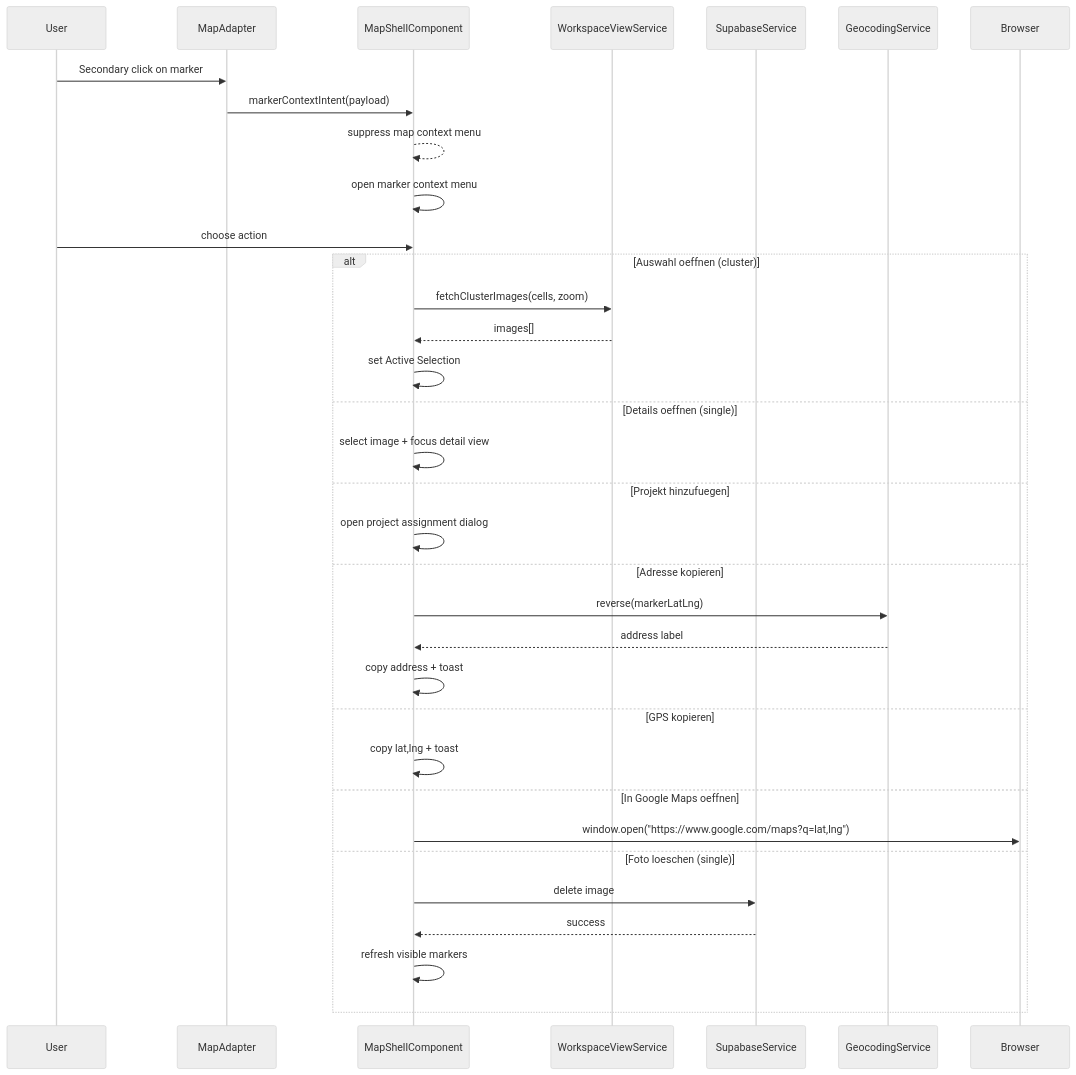
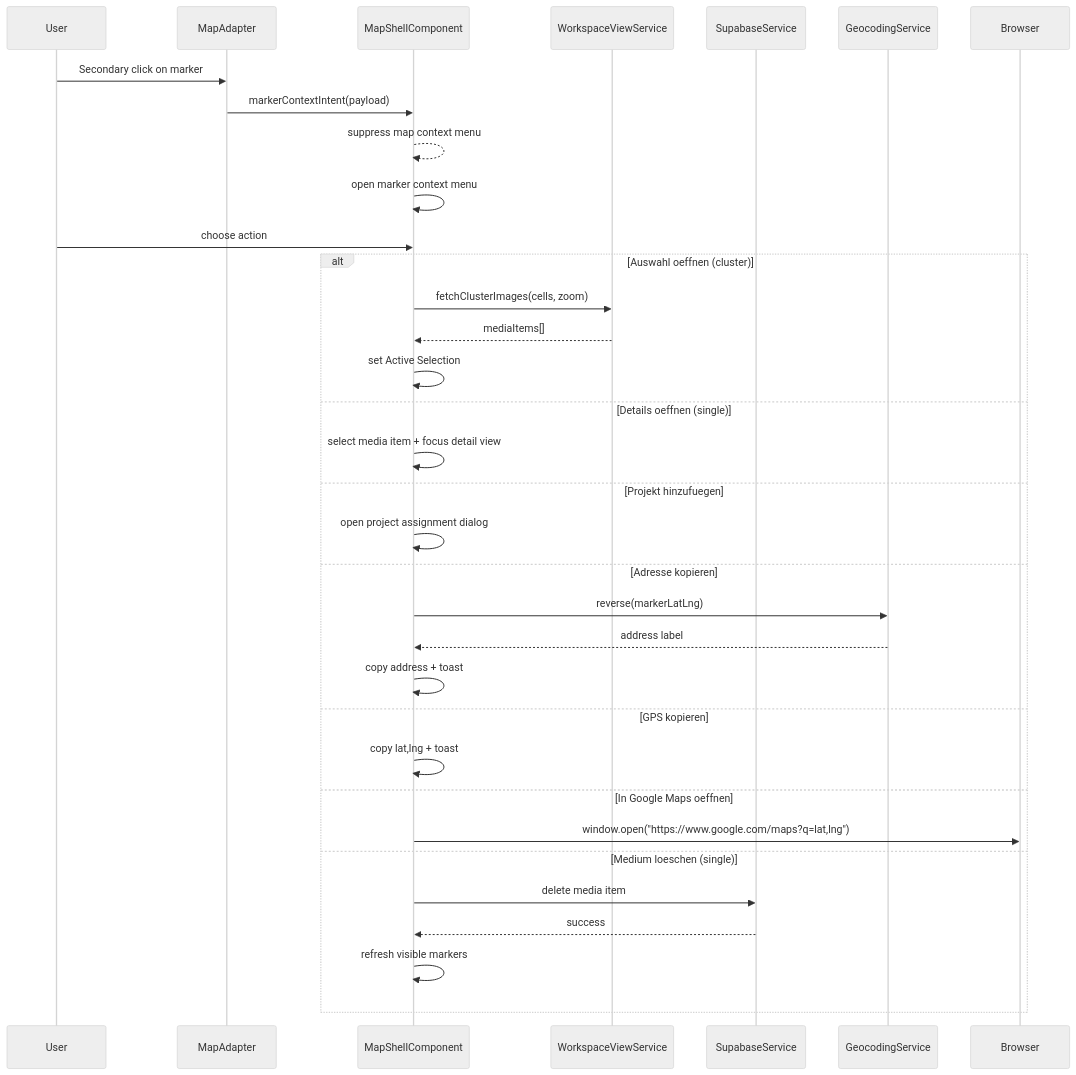
The second of 2 diagrams in docs/specs/ui/media-marker/media-marker-context-menu.md (matkleve/feldpost), drawn with Mermaid (neutral theme) before and after one commit. The commit also changed other lines of this file and 26 other files, not shown here.

First line of the commit message:
refactor: update terminology from 'images' to 'media items' across documentation

````diff
--- a/docs/specs/ui/media-marker/media-marker-context-menu.md
+++ b/docs/specs/ui/media-marker/media-marker-context-menu.md
@@ -129,37 +129,37 @@
 ```mermaid
 sequenceDiagram
   participant U as User
   participant MA as MapAdapter
   participant MS as MapShellComponent
   participant WVS as WorkspaceViewService
   participant SS as SupabaseService
   participant GS as GeocodingService
   participant BR as Browser
 
   U->>MA: Secondary click on marker
   MA->>MS: markerContextIntent(payload)
   MS-->>MS: suppress map context menu
   MS->>MS: open marker context menu
   U->>MS: choose action
   alt Auswahl oeffnen (cluster)
     MS->>WVS: fetchClusterImages(cells, zoom)
-    WVS-->>MS: images[]
+    WVS-->>MS: mediaItems[]
     MS->>MS: set Active Selection
   else Details oeffnen (single)
-    MS->>MS: select image + focus detail view
+    MS->>MS: select media item + focus detail view
   else Projekt hinzufuegen
     MS->>MS: open project assignment dialog
   else Adresse kopieren
     MS->>GS: reverse(markerLatLng)
     GS-->>MS: address label
     MS->>MS: copy address + toast
   else GPS kopieren
     MS->>MS: copy lat,lng + toast
   else In Google Maps oeffnen
     MS->>BR: window.open("https://www.google.com/maps?q=lat,lng")
-  else Foto loeschen (single)
-    MS->>SS: delete image
+  else Medium loeschen (single)
+    MS->>SS: delete media item
     SS-->>MS: success
     MS->>MS: refresh visible markers
   end
 ```
````
